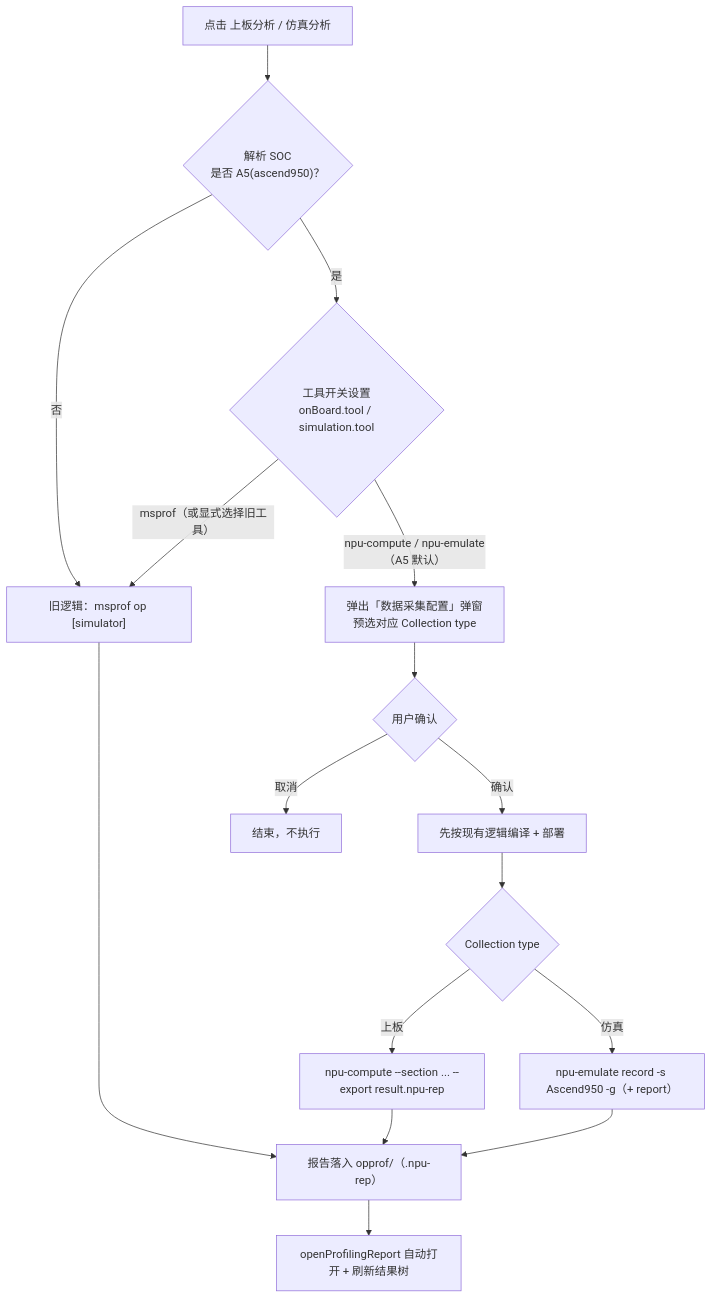
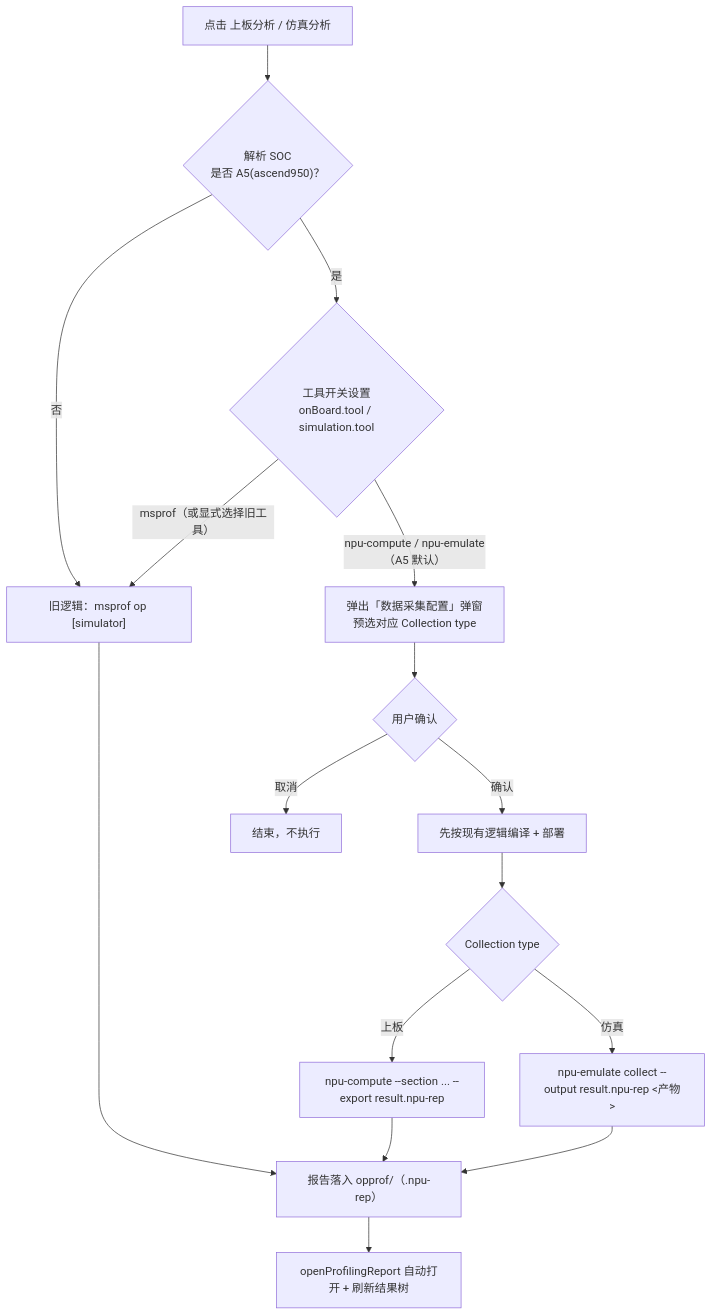
Before and after one commit to IdeFrontend/opdev_plugin: the fourth of 4 diagrams in docs/上板仿真交互说明.md, drawn with Mermaid. The commit also changed other lines of this file and 8 other files, not shown here.

First line of the commit message:
feat(profiling): enable npu-emulate collect flow for A5 simulation

````diff
--- a/docs/上板仿真交互说明.md
+++ b/docs/上板仿真交互说明.md
@@ -199,18 +199,18 @@
 ```mermaid
 flowchart TD
   Click["点击 上板分析 / 仿真分析"] --> IsA5{"解析 SOC<br/>是否 A5(ascend950)？"}
   IsA5 -->|否| Old["旧逻辑：msprof op [simulator]"]
   IsA5 -->|是| ToolCfg{"工具开关设置<br/>onBoard.tool / simulation.tool"}
   ToolCfg -->|msprof（或显式选择旧工具）| Old
   ToolCfg -->|npu-compute / npu-emulate（A5 默认）| Dialog["弹出「数据采集配置」弹窗<br/>预选对应 Collection type"]
   Dialog --> Confirm{"用户确认"}
   Confirm -->|取消| Stop["结束，不执行"]
   Confirm -->|确认| Compile["先按现有逻辑编译 + 部署"]
   Compile --> NewTool{"Collection type"}
   NewTool -->|上板| NC["npu-compute --section ... --export result.npu-rep"]
-  NewTool -->|仿真| NS["npu-emulate record -s Ascend950 -g（+ report）"]
+  NewTool -->|仿真| NS["npu-emulate collect --output result.npu-rep <产物>"]
   NC --> Report["报告落入 opprof/<runId>（.npu-rep）"]
   NS --> Report
   Old --> Report
   Report --> AutoOpen["openProfilingReport 自动打开 + 刷新结果树"]
 ```
````
